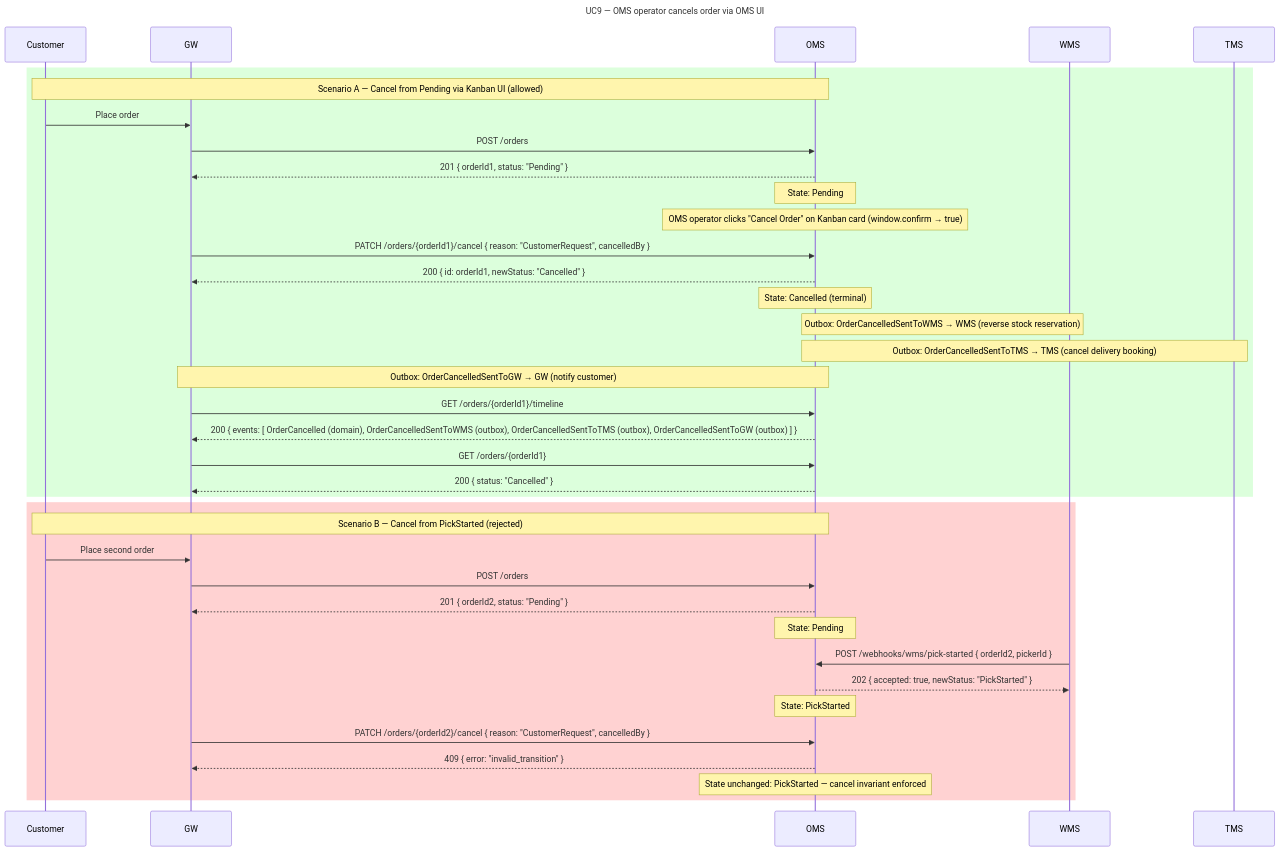
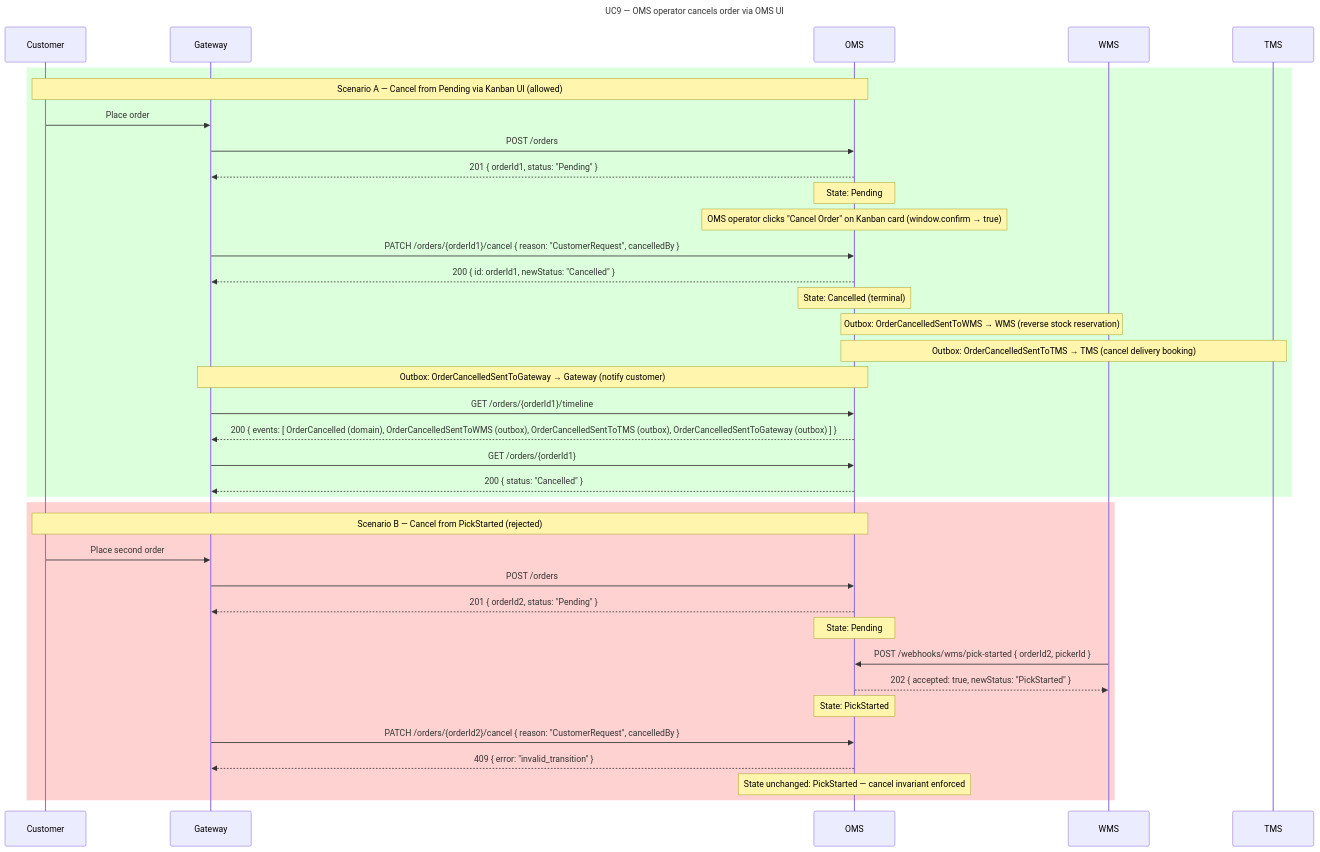
One commit to rosered11/oms-claude changed the ninth of 13 diagrams in docs/oms-e2e-sequence-diagrams.md. Above: the diagram before and after it, drawn with Mermaid. The commit also changed other lines of this file and 48 other files, not shown here.

````diff
--- a/docs/oms-e2e-sequence-diagrams.md
+++ b/docs/oms-e2e-sequence-diagrams.md
@@ -540,48 +531,48 @@
 ```mermaid
 sequenceDiagram
   title: UC9 — OMS operator cancels order via OMS UI
 
   participant Customer
-  participant GW
+  participant Gateway
   participant OMS
   participant WMS
   participant TMS
 
   rect rgb(220, 255, 220)
     Note over Customer,OMS: Scenario A — Cancel from Pending via Kanban UI (allowed)
-    Customer->>GW: Place order
-    GW->>OMS: POST /orders
-    OMS-->>GW: 201 { orderId1, status: "Pending" }
+    Customer->>Gateway: Place order
+    Gateway->>OMS: POST /orders
+    OMS-->>Gateway: 201 { orderId1, status: "Pending" }
     Note over OMS: State: Pending
 
     Note over OMS: OMS operator clicks "Cancel Order" on Kanban card (window.confirm → true)
-    GW->>OMS: PATCH /orders/{orderId1}/cancel { reason: "CustomerRequest", cancelledBy }
-    OMS-->>GW: 200 { id: orderId1, newStatus: "Cancelled" }
+    Gateway->>OMS: PATCH /orders/{orderId1}/cancel { reason: "CustomerRequest", cancelledBy }
+    OMS-->>Gateway: 200 { id: orderId1, newStatus: "Cancelled" }
     Note over OMS: State: Cancelled (terminal)
     Note over OMS,WMS: Outbox: OrderCancelledSentToWMS → WMS (reverse stock reservation)
     Note over OMS,TMS: Outbox: OrderCancelledSentToTMS → TMS (cancel delivery booking)
-    Note over OMS,GW: Outbox: OrderCancelledSentToGW → GW (notify customer)
+    Note over OMS,Gateway: Outbox: OrderCancelledSentToGateway → Gateway (notify customer)
 
-    GW->>OMS: GET /orders/{orderId1}/timeline
-    OMS-->>GW: 200 { events: [ OrderCancelled (domain), OrderCancelledSentToWMS (outbox), OrderCancelledSentToTMS (outbox), OrderCancelledSentToGW (outbox) ] }
+    Gateway->>OMS: GET /orders/{orderId1}/timeline
+    OMS-->>Gateway: 200 { events: [ OrderCancelled (domain), OrderCancelledSentToWMS (outbox), OrderCancelledSentToTMS (outbox), OrderCancelledSentToGateway (outbox) ] }
 
-    GW->>OMS: GET /orders/{orderId1}
-    OMS-->>GW: 200 { status: "Cancelled" }
+    Gateway->>OMS: GET /orders/{orderId1}
+    OMS-->>Gateway: 200 { status: "Cancelled" }
   end
 
   rect rgb(255, 210, 210)
     Note over Customer,OMS: Scenario B — Cancel from PickStarted (rejected)
-    Customer->>GW: Place second order
-    GW->>OMS: POST /orders
-    OMS-->>GW: 201 { orderId2, status: "Pending" }
+    Customer->>Gateway: Place second order
+    Gateway->>OMS: POST /orders
+    OMS-->>Gateway: 201 { orderId2, status: "Pending" }
     Note over OMS: State: Pending
 
     WMS->>OMS: POST /webhooks/wms/pick-started { orderId2, pickerId }
     OMS-->>WMS: 202 { accepted: true, newStatus: "PickStarted" }
     Note over OMS: State: PickStarted
 
-    GW->>OMS: PATCH /orders/{orderId2}/cancel { reason: "CustomerRequest", cancelledBy }
-    OMS-->>GW: 409 { error: "invalid_transition" }
+    Gateway->>OMS: PATCH /orders/{orderId2}/cancel { reason: "CustomerRequest", cancelledBy }
+    OMS-->>Gateway: 409 { error: "invalid_transition" }
     Note over OMS: State unchanged: PickStarted — cancel invariant enforced
   end
 ```
````
